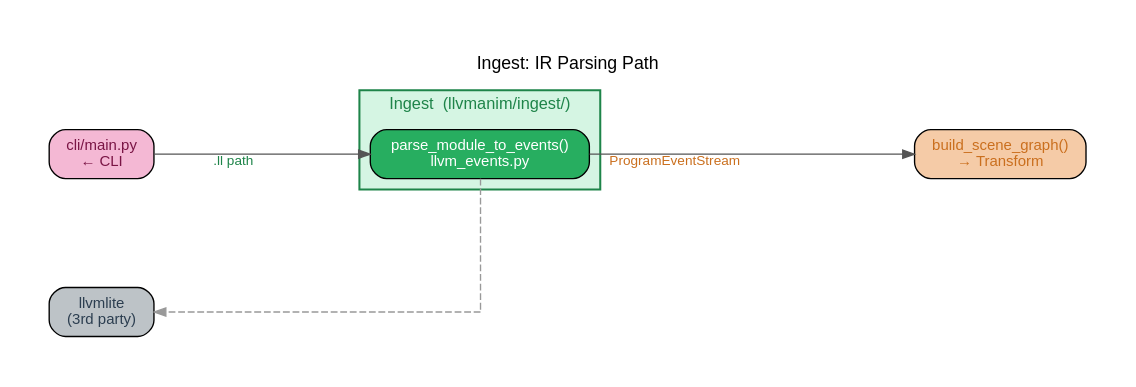
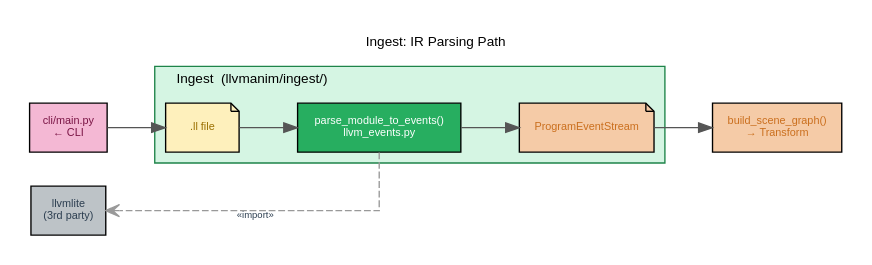
The diagram in docs/architecture/01_architecture_overview/01b_ingest_layer/dots/01b1_ir_parsing.dot (BenHoule/LLVManim), drawn with Graphviz before and after one commit. The commit also changed 77 other files, not shown here.

First line of the commit message:
Add CLI dispatch architecture images

```diff
--- a/docs/architecture/01_architecture_overview/01b_ingest_layer/dots/01b1_ir_parsing.dot
+++ b/docs/architecture/01_architecture_overview/01b_ingest_layer/dots/01b1_ir_parsing.dot
@@ -1,43 +1,58 @@
-// Extracted subgraph: IR parsing path from 01b_ingest_layer
-// Covers parse_module_to_events → ProgramEventStream,
-// the step that turns raw LLVM-IR bytes into structured event data.
+/**
+ * 01b1_ir_parsing.dot
+ *
+ * Extracted subgraph: IR parsing path from 01b_ingest_layer.
+ * Covers parse_module_to_events → ProgramEventStream,
+ * the step that turns raw LLVM-IR bytes into structured event data.
+ *
+ * Render:
+ *   dot -Tpdf 01b1_ir_parsing.dot -o ../01b1_ir_parsing.pdf
+ */
 digraph ir_parsing {
     graph [
-        fontname = "Helvetica" fontsize = 13
+        rankdir  = LR
+        fontname = "Helvetica" fontsize = 10
         label    = "Ingest: IR Parsing Path"
-        labelloc = "t" rankdir = LR splines = ortho
-        nodesep = 0.9 ranksep = 1.1 pad = 0.4 bgcolor = "white"
+        labelloc = t
+        splines  = ortho
+        nodesep  = 0.35
+        ranksep  = 0.6
+        pad      = 0.2
+        bgcolor  = "white"
     ]
-    node [fontname="Helvetica" fontsize=11 style="filled,rounded" shape=box]
-    edge [fontname="Helvetica" fontsize=10 color="#555555" arrowsize=0.85]
+    node [fontname="Helvetica" fontsize=8 style=filled shape=box margin="0.08,0.04"]
+    edge [fontname="Helvetica" fontsize=7 arrowhead=normal color="#555555"]
 
-    // ── External stub (incoming) ───────────────────────────────────
+    /* ── External stub (incoming) ───────────────────────────────── */
     cli_main [label="cli/main.py\n← CLI" fillcolor="#f4b8d4" fontcolor="#7a1545"]
 
-    // ── Internal ───────────────────────────────────────────────────
+    /* ── Ingest cluster ─────────────────────────────────────────── */
     subgraph cluster_ingest {
 
         label     = "Ingest  (llvmanim/ingest/)"
         style     = filled
         fillcolor = "#d5f5e3"
         color     = "#1e8449"
-        penwidth  = 1.5
-        fontname  = "Helvetica"
-        fontsize  = 12
-        fontcolor = "#1e8449"
+        margin    = 8
+        labeljust = l
 
+        in_ll        [label=".ll file" fillcolor="#fef0bc" fontcolor="#9a6f00" shape=note]
         parse_events [label="parse_module_to_events()\nllvm_events.py"
                       fillcolor="#27ae60" fontcolor="white"]
+        pes          [label="ProgramEventStream" fillcolor="#f5cba7" fontcolor="#ca6f1e" shape=note]
+
+        in_ll -> parse_events
+        parse_events -> pes
     }
 
-    // ── Third-party ────────────────────────────────────────────────
+    /* ── Third-party ────────────────────────────────────────────── */
     llvmlite [label="llvmlite\n(3rd party)" fillcolor="#bdc3c7" fontcolor="#2c3e50"]
 
-    // ── External stub (outgoing) ───────────────────────────────────
+    /* ── External stub (outgoing) ───────────────────────────────── */
     build_sg [label="build_scene_graph()\n→ Transform" fillcolor="#f5cba7" fontcolor="#ca6f1e"]
 
-    // ── Edges ──────────────────────────────────────────────────────
-    cli_main     -> parse_events [minlen=2 xlabel=".ll path" fontcolor="#1e8449"]
-    parse_events -> build_sg     [minlen=3 xlabel="ProgramEventStream" fontcolor="#ca6f1e"]
-    parse_events -> llvmlite     [style=dashed minlen=2 color="#999999" constraint=false]
+    /* ── Edges ──────────────────────────────────────────────────── */
+    cli_main     -> in_ll    [minlen=1]
+    pes          -> build_sg [minlen=1]
+    parse_events -> llvmlite [style=dashed arrowhead=open xlabel="«import»" fontcolor="#2c3e50" color="#999999" constraint=false]
 }
```
